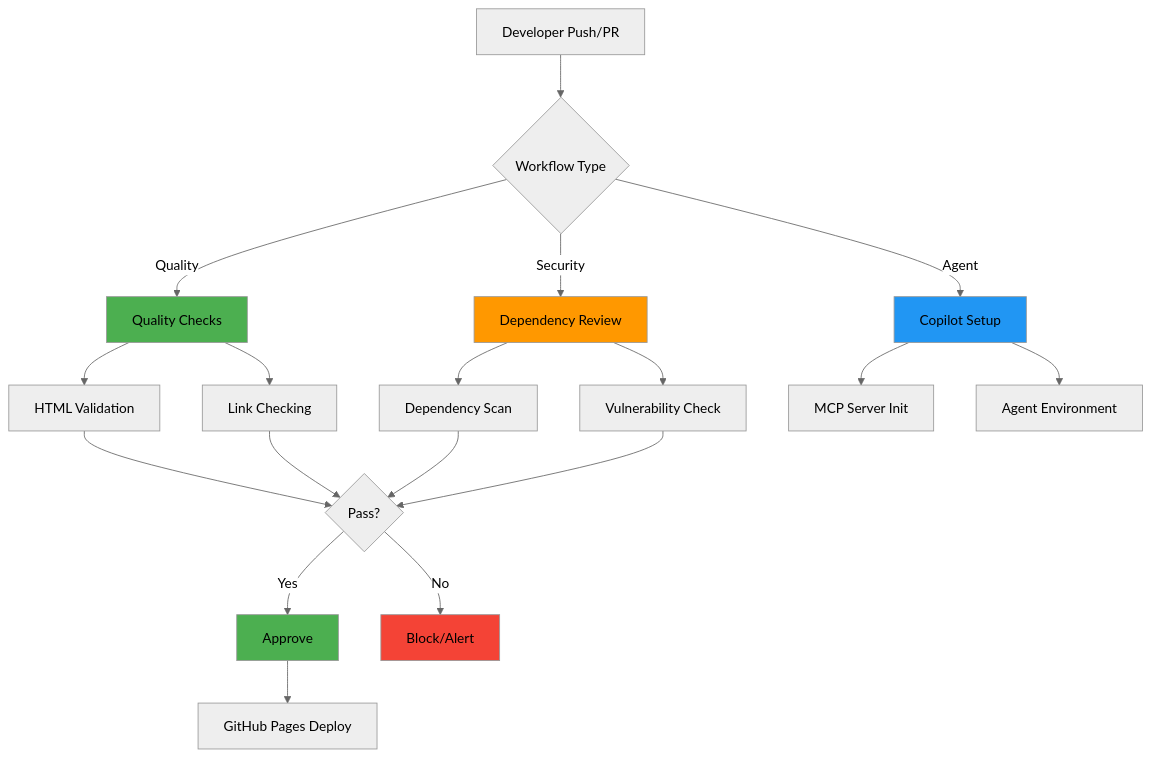
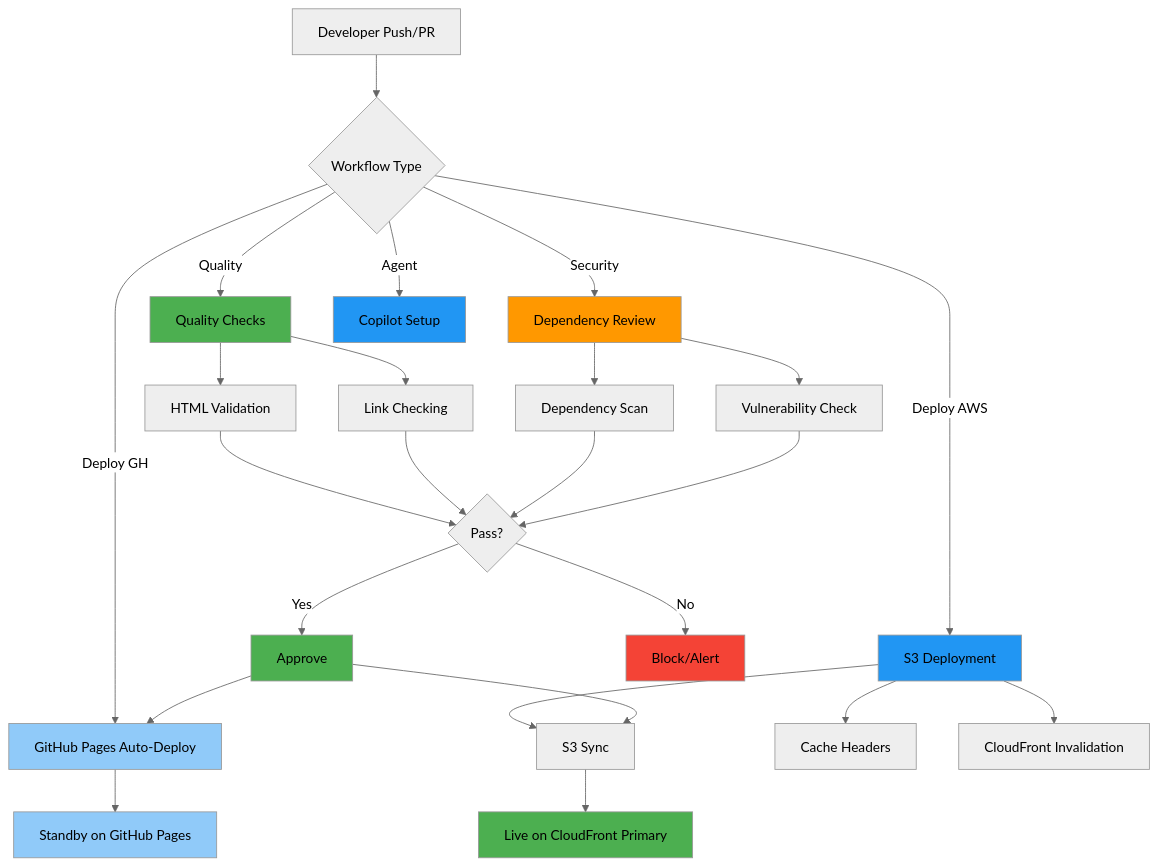
The first of 2 diagrams in WORKFLOWS.md (Hack23/riksdagsmonitor), drawn with Mermaid (neutral theme) before and after one commit. The commit also changed other lines of this file, not shown here.

Commit message:
Update WORKFLOWS.md with AWS S3 deployment workflow documentation

````diff
--- a/WORKFLOWS.md
+++ b/WORKFLOWS.md
@@ -17,32 +19,43 @@
 ```mermaid
 graph TD
     A[Developer Push/PR] --> B{Workflow Type}
     B -->|Quality| C[Quality Checks]
     B -->|Security| D[Dependency Review]
-    B -->|Agent| E[Copilot Setup]
+    B -->|Deploy AWS| E[S3 Deployment]
+    B -->|Deploy GH| F[GitHub Pages Auto-Deploy]
+    B -->|Agent| G[Copilot Setup]
     
-    C --> F[HTML Validation]
-    C --> G[Link Checking]
+    C --> H[HTML Validation]
+    C --> I[Link Checking]
     
-    D --> H[Dependency Scan]
-    D --> I[Vulnerability Check]
+    D --> J[Dependency Scan]
+    D --> K[Vulnerability Check]
     
-    E --> J[MCP Server Init]
-    E --> K[Agent Environment]
+    E --> L[S3 Sync]
+    E --> M[Cache Headers]
+    E --> N[CloudFront Invalidation]
     
-    F --> L{Pass?}
-    G --> L
-    H --> L
-    I --> L
+    H --> O{Pass?}
+    I --> O
+    J --> O
+    K --> O
     
-    L -->|Yes| M[Approve]
-    L -->|No| N[Block/Alert]
+    O -->|Yes| P[Approve]
+    O -->|No| Q[Block/Alert]
     
-    M --> O[GitHub Pages Deploy]
+    P --> L
+    P --> F
+    
+    L --> R[Live on CloudFront Primary]
+    F --> S[Standby on GitHub Pages]
     
     style C fill:#4caf50
     style D fill:#ff9800
     style E fill:#2196f3
-    style M fill:#4caf50
-    style N fill:#f44336
+    style F fill:#90caf9
+    style G fill:#2196f3
+    style P fill:#4caf50
+    style Q fill:#f44336
+    style R fill:#4caf50
+    style S fill:#90caf9
 ```
````
